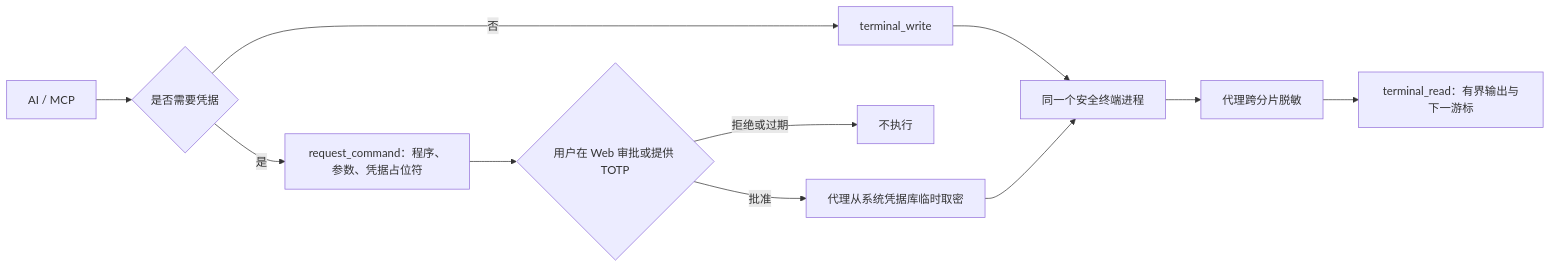
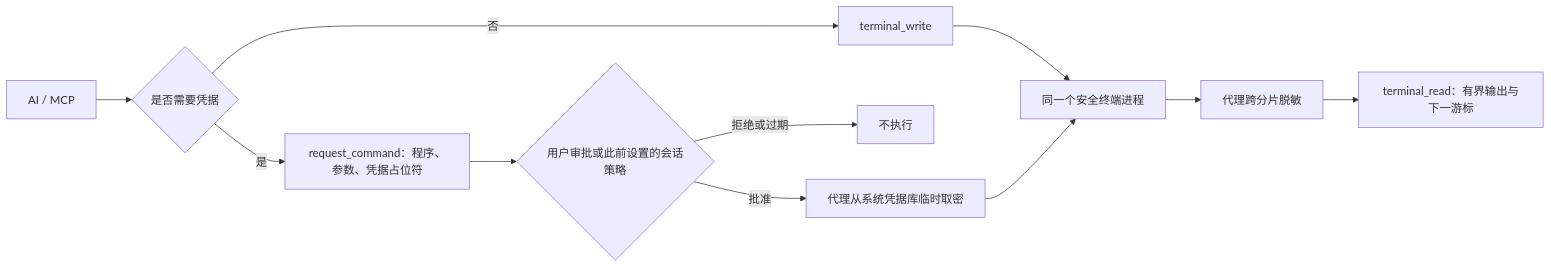
One commit to qq940500529/secretbridge changed the diagram in docs/AI终端与实时状态.md. Above: the diagram before and after it, drawn with Mermaid. The commit also changed other lines of this file and 3 other files, not shown here.

````diff
--- a/docs/AI终端与实时状态.md
+++ b/docs/AI终端与实时状态.md
@@ -9,13 +9,13 @@
 ```mermaid
 flowchart LR
     A["AI / MCP"] --> C{"是否需要凭据"}
     C -->|否| W["terminal_write"]
     C -->|是| R["request_command：程序、参数、凭据占位符"]
-    R --> H{"用户在 Web 审批或提供 TOTP"}
+    R --> H{"用户审批或此前设置的会话策略"}
     H -->|拒绝或过期| X["不执行"]
     H -->|批准| I["代理从系统凭据库临时取密"]
     W --> T["同一个安全终端进程"]
     I --> T
     T --> D["代理跨分片脱敏"]
     D --> M["terminal_read：有界输出与下一游标"]
 ```
````
